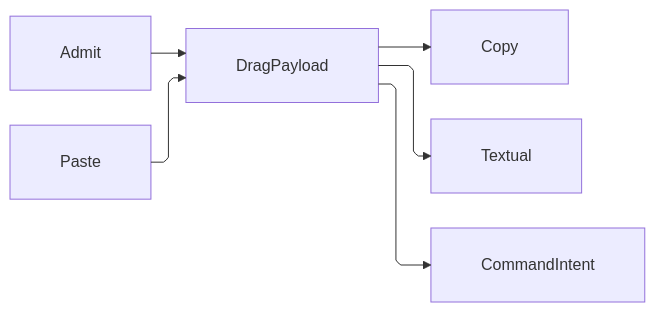
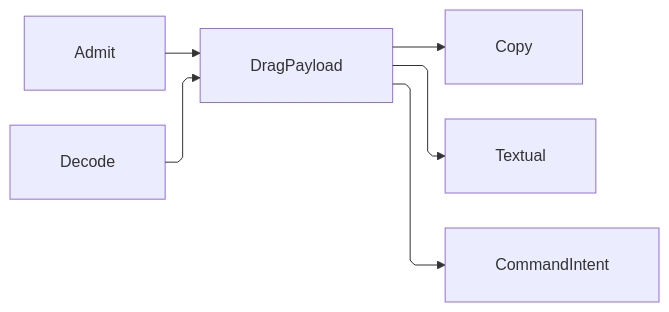
Before and after one commit to bsamiee/Rasm: the diagram in libs/csharp/Rasm.AppUi/.planning/Shell/input.md, drawn with Mermaid. The commit also changed other lines of this file and 693 other files, not shown here.

````diff
--- a/libs/csharp/Rasm.AppUi/.planning/Shell/input.md
+++ b/libs/csharp/Rasm.AppUi/.planning/Shell/input.md
@@ -249,15 +277,17 @@
 ```mermaid
 ---
 config:
   layout: elk
   flowchart:
     curve: linear
     padding: 25
 ---
 flowchart LR
+    accTitle: Drag and paste payload fan
+    accDescr: Admission and the clipboard format gate both minting one drag payload that fans into the copy leg, the textual projection, and the command intent.
     Admit --> DragPayload
-    Paste --> DragPayload
+    Decode --> DragPayload
     DragPayload --> Copy
     DragPayload --> Textual
     DragPayload --> CommandIntent
 ```
````
